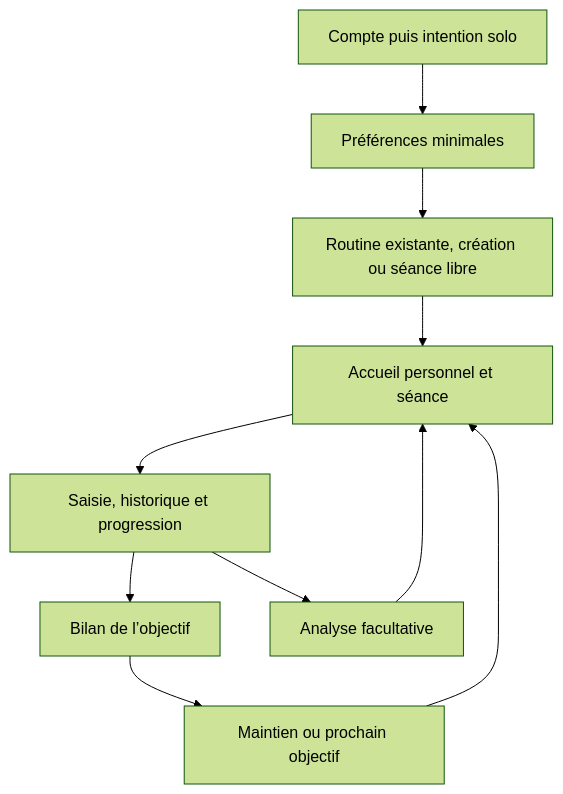
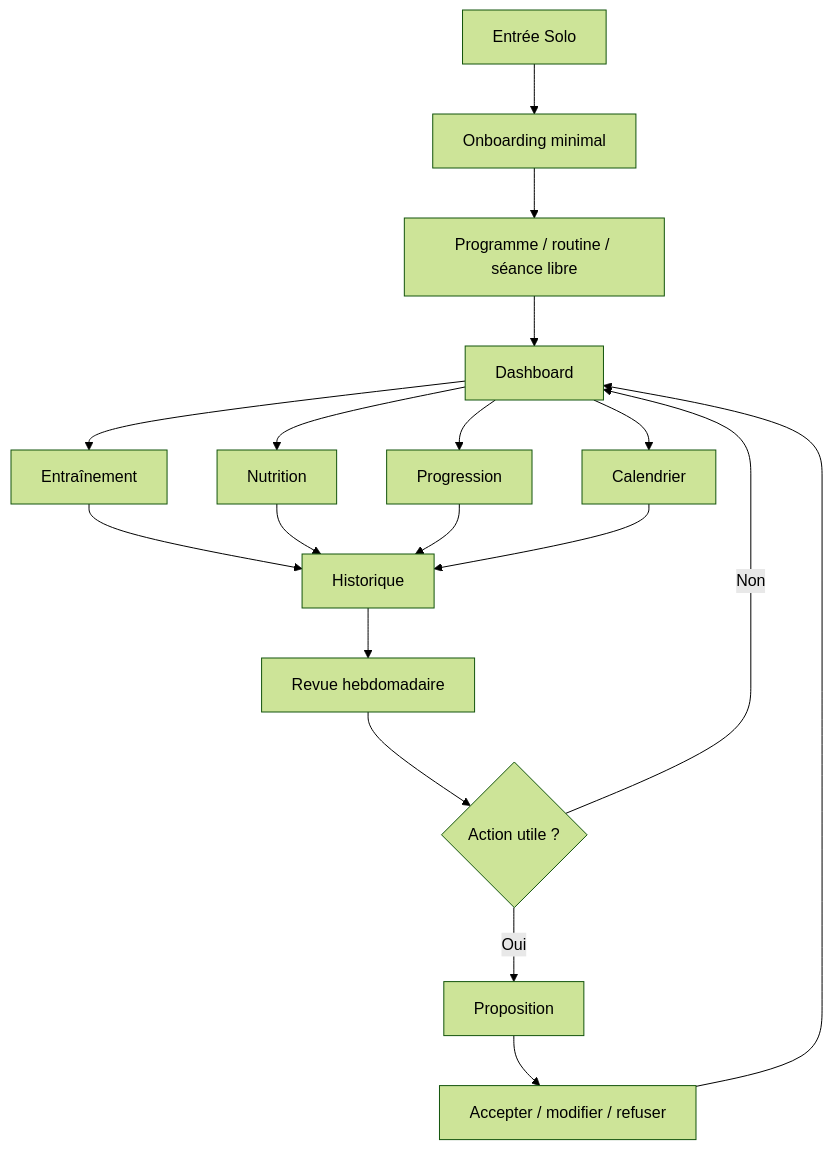
The second of 5 diagrams in docs/CARTE_PRODUIT.md (Jayvy2002/prometheus-tracker-app), drawn with Mermaid (forest theme) before and after one commit. The commit also changed other lines of this file, not shown here.

````diff
--- a/docs/CARTE_PRODUIT.md
+++ b/docs/CARTE_PRODUIT.md
@@ -113,12 +110,20 @@
 ```mermaid
 flowchart TD
-  A["Compte puis intention solo"] --> B["Préférences minimales"]
-  B --> C["Routine existante, création ou séance libre"]
-  C --> D["Accueil personnel et séance"]
-  D --> E["Saisie, historique et progression"]
-  E --> F["Bilan de l’objectif"]
-  F --> G["Maintien ou prochain objectif"]
-  G --> D
-  E --> H["Analyse facultative"]
-  H --> D
+  A[Entrée Solo] --> B[Onboarding minimal]
+  B --> C[Programme / routine / séance libre]
+  C --> D[Dashboard]
+  D --> E[Entraînement]
+  D --> F[Nutrition]
+  D --> G[Progression]
+  D --> H[Calendrier]
+  E --> I[Historique]
+  F --> I
+  G --> I
+  H --> I
+  I --> J[Revue hebdomadaire]
+  J --> K{Action utile ?}
+  K -->|Non| D
+  K -->|Oui| L[Proposition]
+  L --> M[Accepter / modifier / refuser]
+  M --> D
 ```
````
